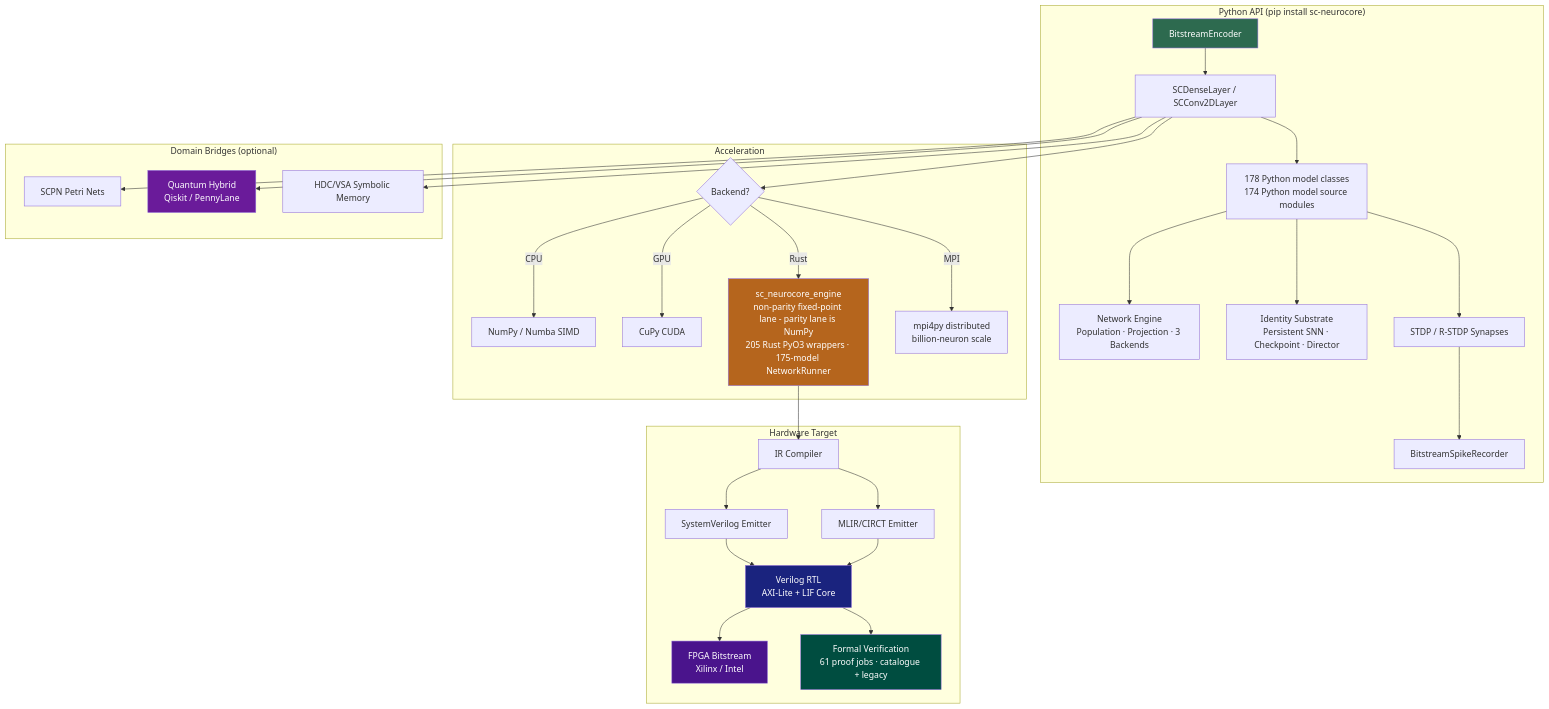
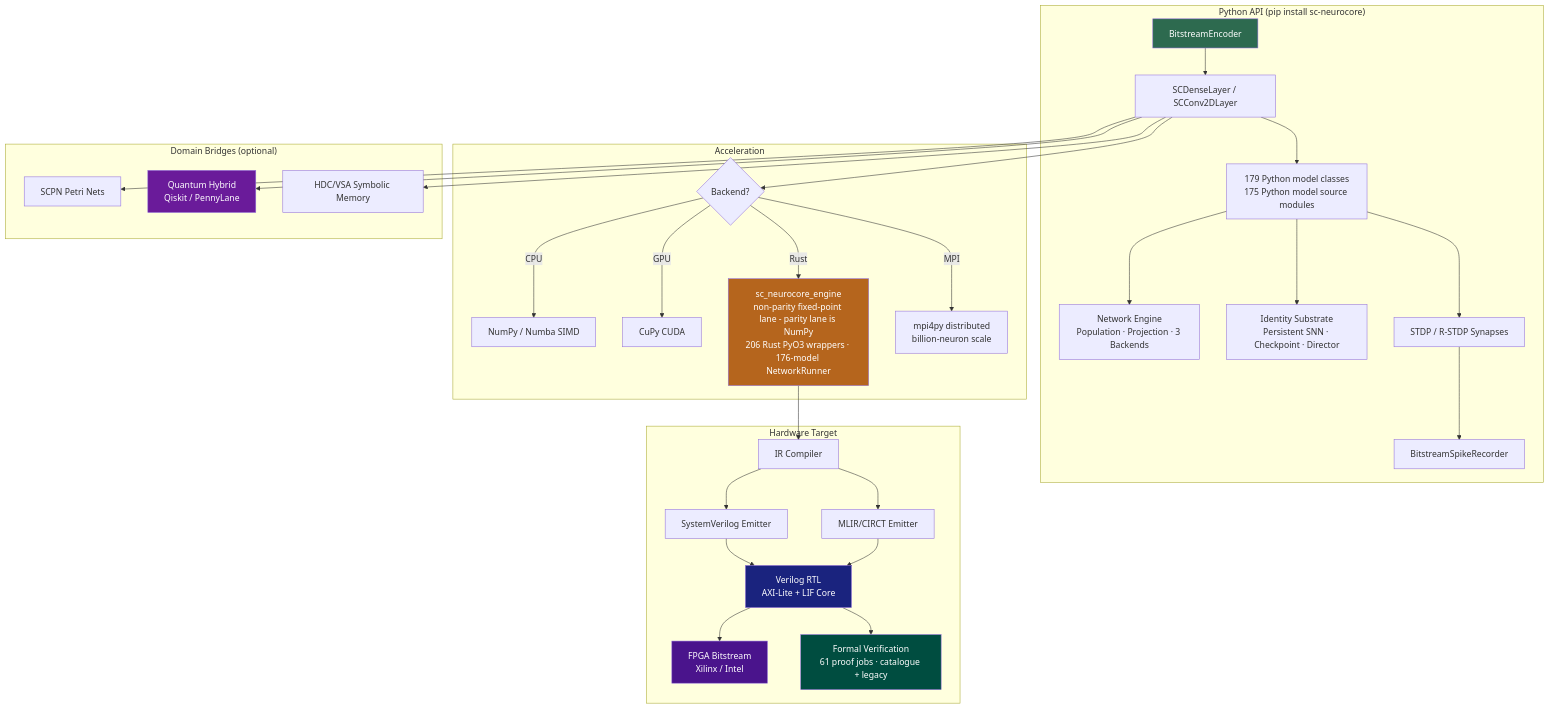
Before and after one commit to anulum/sc-neurocore: the diagram in README.md, drawn with Mermaid. The commit also changed other lines of this file and 107 other files, not shown here.

````diff
--- a/README.md
+++ b/README.md
@@ -380,42 +380,42 @@
 ```mermaid
 graph TD
     subgraph "Python API (pip install sc-neurocore)"
         A[BitstreamEncoder] --> B[SCDenseLayer / SCConv2DLayer]
-        B --> C[178 Python model classes<br/>174 Python model source modules]
+        B --> C[179 Python model classes<br/>175 Python model source modules]
         C --> NET[Network Engine<br/>Population · Projection · 3 Backends]
         C --> ID[Identity Substrate<br/>Persistent SNN · Checkpoint · Director]
         C --> D[STDP / R-STDP Synapses]
         D --> E[BitstreamSpikeRecorder]
     end
 
     subgraph "Acceleration"
         B --> F{Backend?}
         F -->|CPU| G[NumPy / Numba SIMD]
         F -->|GPU| H[CuPy CUDA]
-        F -->|Rust| I[sc_neurocore_engine<br/>non-parity fixed-point lane - parity lane is NumPy<br/>205 Rust PyO3 wrappers · 175-model NetworkRunner]
+        F -->|Rust| I[sc_neurocore_engine<br/>non-parity fixed-point lane - parity lane is NumPy<br/>206 Rust PyO3 wrappers · 176-model NetworkRunner]
         F -->|MPI| MPI[mpi4py distributed<br/>billion-neuron scale]
     end
 
     subgraph "Hardware Target"
         I --> J[IR Compiler]
         J --> K[SystemVerilog Emitter]
         J --> K2[MLIR/CIRCT Emitter]
         K --> L[Verilog RTL<br/>AXI-Lite + LIF Core]
         K2 --> L
         L --> M[FPGA Bitstream<br/>Xilinx / Intel]
         L --> V[Formal Verification<br/>61 proof jobs · catalogue + legacy]
     end
 
     subgraph "Domain Bridges (optional)"
         B --> N[SCPN Petri Nets]
         B --> O[Quantum Hybrid<br/>Qiskit / PennyLane]
         B --> P[HDC/VSA Symbolic Memory]
     end
 
     style A fill:#2d6a4f,color:#fff
     style I fill:#b5651d,color:#fff
     style L fill:#1a237e,color:#fff
     style M fill:#4a148c,color:#fff
     style O fill:#6a1b9a,color:#fff
     style V fill:#004d40,color:#fff
 ```
````
